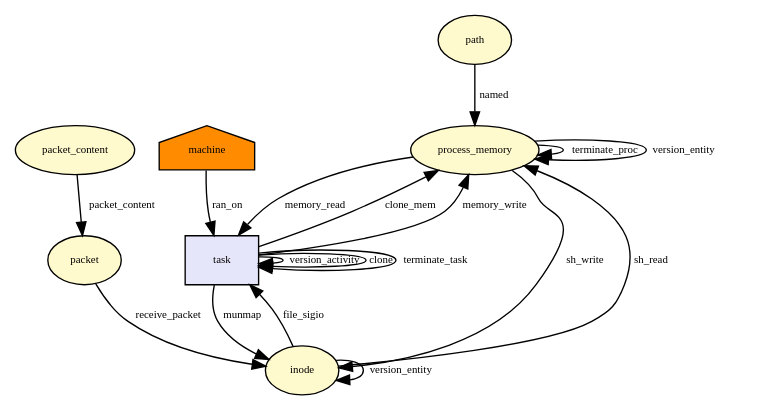
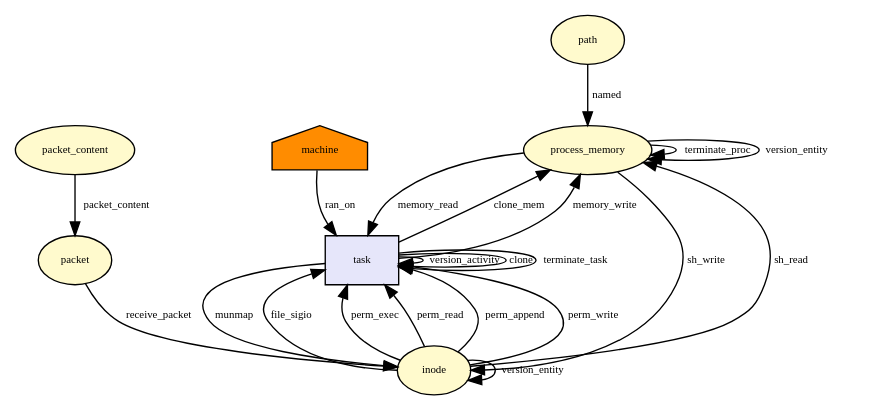
The diagram in docs/dot/__x64_sys_clone.dot (CamFlow/camflow-dev), drawn with Graphviz before and after one commit. The commit also changed 24 other files, not shown here.

```diff
--- a/docs/dot/__x64_sys_clone.dot
+++ b/docs/dot/__x64_sys_clone.dot
@@ -1,49 +1,57 @@
 digraph RGL__DirectedAdjacencyGraph {process_memory[fontsize = 8,label = process_memory,shape = ellipse, fillcolor="#fffacd", style = filled]
 
 process_memory -> process_memory[fontsize = 8,label = terminate_proc]
 
 task[fontsize = 8,label = task,shape = rectangle, fillcolor="#e6e6fa", style = filled]
 
 process_memory -> task[fontsize = 8,label = memory_read]
 
 task -> process_memory[fontsize = 8,label = clone_mem]
 
 task -> task[fontsize = 8,label = version_activity]
 
 process_memory -> process_memory[fontsize = 8,label = version_entity]
 
 inode[fontsize = 8,label = inode,shape = ellipse, fillcolor="#fffacd", style = filled]
 
 inode -> process_memory[fontsize = 8,label = sh_read]
 
 inode -> task[fontsize = 8,label = file_sigio]
 
 task -> process_memory[fontsize = 8,label = memory_write]
 
 process_memory -> inode[fontsize = 8,label = sh_write]
 
 inode -> inode[fontsize = 8,label = version_entity]
 
 path[fontsize = 8,label = path,shape = ellipse, fillcolor="#fffacd", style = filled]
 
 path -> process_memory[fontsize = 8,label = named]
 
 machine[fontsize = 8,label = machine,shape = house, fillcolor="#ff8c00", style = filled]
 
 machine -> task[fontsize = 8,label = ran_on]
 
+inode -> task[fontsize = 8,label = perm_exec]
+
+inode -> task[fontsize = 8,label = perm_read]
+
+inode -> task[fontsize = 8,label = perm_append]
+
+inode -> task[fontsize = 8,label = perm_write]
+
 task -> inode[fontsize = 8,label = munmap]
 
 packet_content[fontsize = 8,label = packet_content,shape = ellipse, fillcolor="#fffacd", style = filled]
 
 packet[fontsize = 8,label = packet,shape = ellipse, fillcolor="#fffacd", style = filled]
 
 packet_content -> packet[fontsize = 8,label = packet_content]
 
 packet -> inode[fontsize = 8,label = receive_packet]
 
 task -> task[fontsize = 8,label = clone]
 
 task -> task[fontsize = 8,label = terminate_task]
 
 }
```
